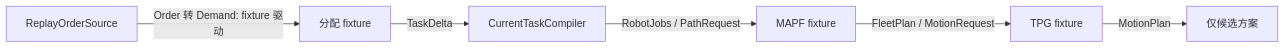
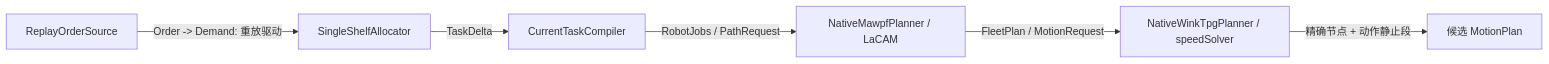
The diagram in docs/zh/development/0009-staged-pipeline.md (Requora/TAPF_MAPF_TPG), drawn with Mermaid before and after one commit. The commit also changed other lines of this file and 36 other files, not shown here.

Commit message:
feat: run real order-to-TPG chain through pinned native solvers

````diff
--- a/docs/zh/development/0009-staged-pipeline.md
+++ b/docs/zh/development/0009-staged-pipeline.md
@@ -15,8 +19,8 @@
 ```mermaid
 flowchart LR
-    O[ReplayOrderSource] -->|Order 转 Demand: fixture 驱动| A[分配 fixture]
+    O[ReplayOrderSource] -->|Order -> Demand: 重放驱动| A[SingleShelfAllocator]
     A -->|TaskDelta| C[CurrentTaskCompiler]
-    C -->|RobotJobs / PathRequest| M[MAPF fixture]
-    M -->|FleetPlan / MotionRequest| T[TPG fixture]
-    T -->|MotionPlan| P[仅候选方案]
+    C -->|RobotJobs / PathRequest| M[NativeMawpfPlanner / LaCAM]
+    M -->|FleetPlan / MotionRequest| T[NativeWinkTpgPlanner / speedSolver]
+    T -->|精确节点 + 动作静止段| P[候选 MotionPlan]
 ```
````
